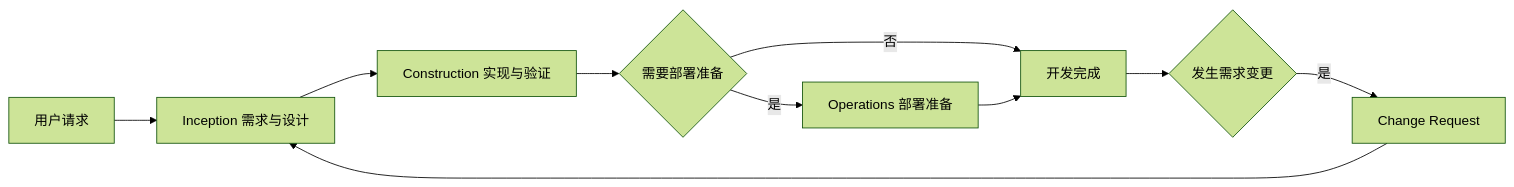
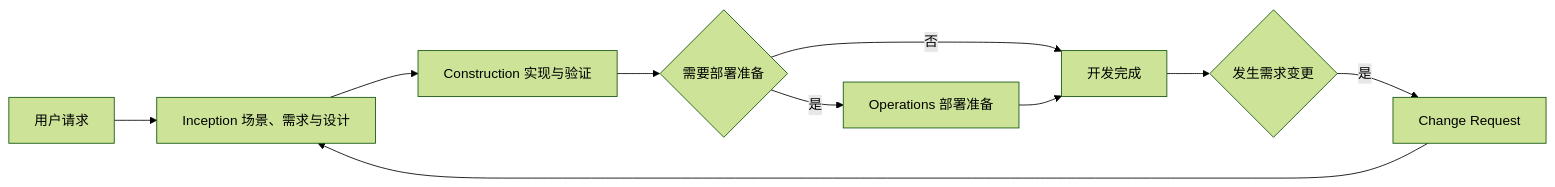
Before and after one commit to bluenesscrab/loeyae-aidlc: the diagram in steering/common-process-overview.md, drawn with Mermaid (forest theme). The commit also changed other lines of this file and 31 other files, not shown here.

````diff
--- a/steering/common-process-overview.md
+++ b/steering/common-process-overview.md
@@ -18,12 +18,12 @@
 ```mermaid
 flowchart LR
-    Start["用户请求"] --> Inception["Inception 需求与设计"]
+    Start["用户请求"] --> Inception["Inception 场景、需求与设计"]
     Inception --> Construction["Construction 实现与验证"]
     Construction --> NeedDeploy{"需要部署准备"}
     NeedDeploy -->|"是"| Operations["Operations 部署准备"]
     NeedDeploy -->|"否"| Done["开发完成"]
     Operations --> Done
     Done --> Change{"发生需求变更"}
     Change -->|"是"| ChangeRequest["Change Request"]
     ChangeRequest --> Inception
 ```
````
